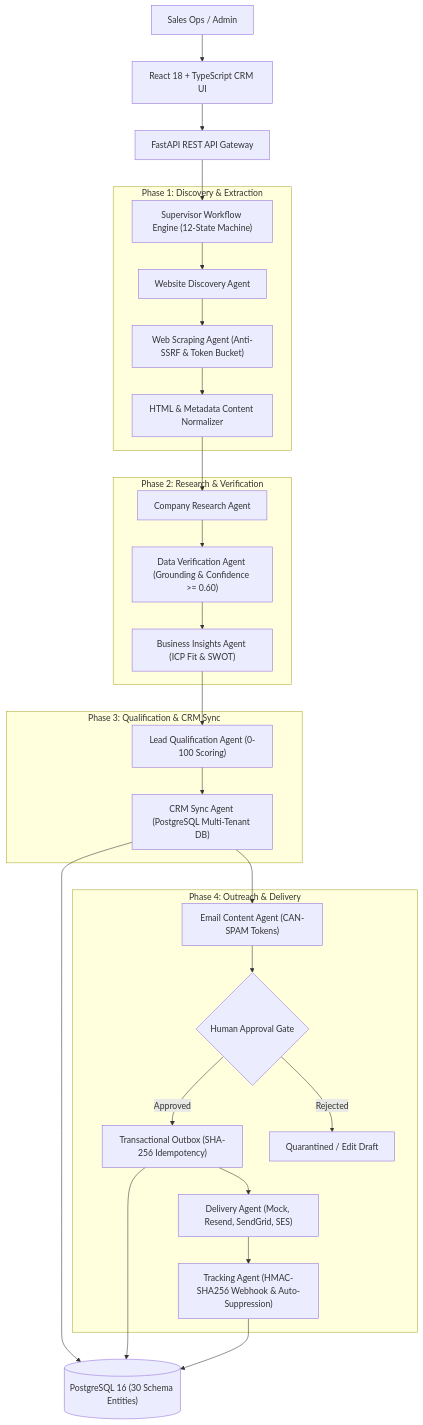
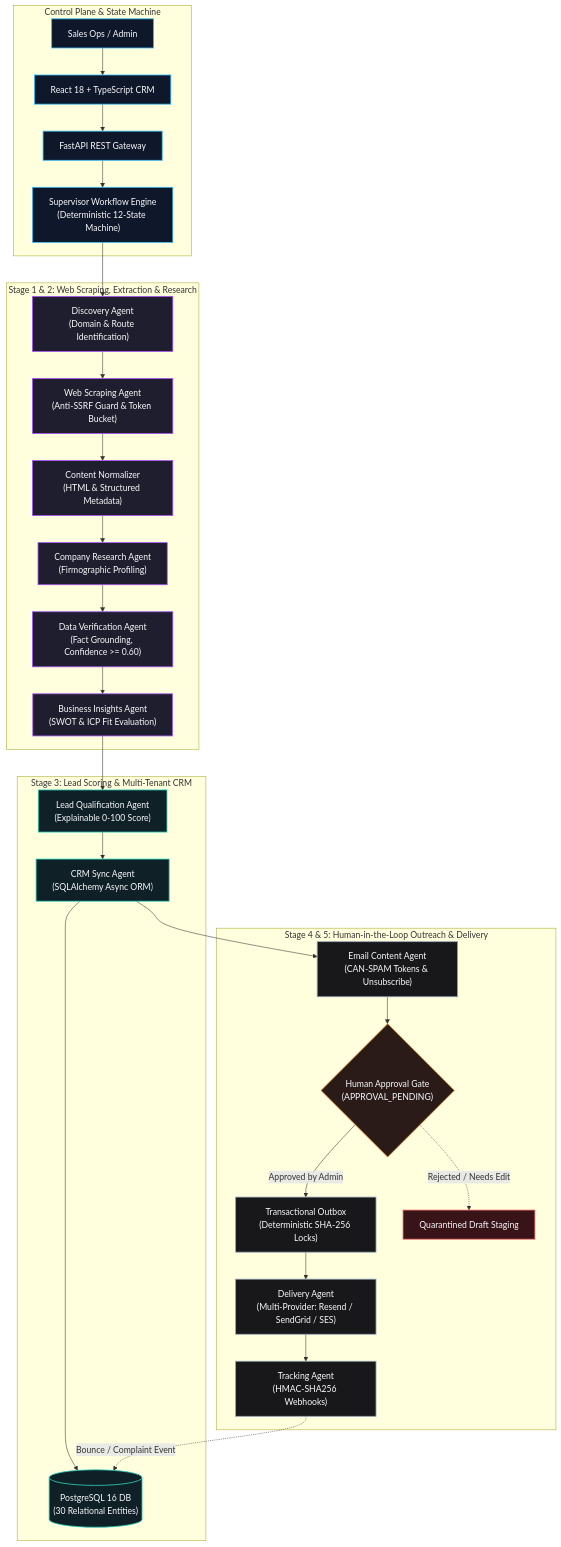
One commit to sultanriaz/sultanriaz changed the third of 6 diagrams in README.md. Above: the diagram before and after it, drawn with Mermaid. The commit also changed other lines of this file, not shown here.

Commit message:
docs(profile): redesign flagship architecture diagrams and improve README layout

````diff
--- a/README.md
+++ b/README.md
@@ -226,36 +296,55 @@
 ```mermaid
-flowchart TD
-    User["Sales Ops / Admin"] --> Dashboard["React 18 + TypeScript CRM UI"]
-    Dashboard --> Gateway["FastAPI REST API Gateway"]
-    Gateway --> Orchestrator["Supervisor Workflow Engine (12-State Machine)"]
-    
-    subgraph "Phase 1: Discovery & Extraction"
-        Orchestrator --> Disc["Website Discovery Agent"]
-        Disc --> Scraper["Web Scraping Agent (Anti-SSRF & Token Bucket)"]
-        Scraper --> Parser["HTML & Metadata Content Normalizer"]
+flowchart TB
+    %% --- STAGE 0: CONTROL PLANE ---
+    subgraph ControlPlane["Control Plane & State Machine"]
+        User["Sales Ops / Admin"] --> UI["React 18 + TypeScript CRM"]
+        UI --> Gateway["FastAPI REST Gateway"]
+        Gateway --> Supervisor["Supervisor Workflow Engine<br/>(Deterministic 12-State Machine)"]
     end
-    
-    subgraph "Phase 2: Research & Verification"
-        Parser --> ResAgent["Company Research Agent"]
-        ResAgent --> VerAgent["Data Verification Agent (Grounding & Confidence >= 0.60)"]
-        VerAgent --> InsAgent["Business Insights Agent (ICP Fit & SWOT)"]
+
+    %% --- STAGES 1 & 2: DISCOVERY & RESEARCH ---
+    subgraph DiscoveryResearch["Stage 1 & 2: Web Scraping, Extraction & Research"]
+        Supervisor --> DiscAgent["Discovery Agent<br/>(Domain & Route Identification)"]
+        DiscAgent --> Scraper["Web Scraping Agent<br/>(Anti-SSRF Guard & Token Bucket)"]
+        Scraper --> Parser["Content Normalizer<br/>(HTML & Structured Metadata)"]
+        Parser --> ResAgent["Company Research Agent<br/>(Firmographic Profiling)"]
+        ResAgent --> VerAgent["Data Verification Agent<br/>(Fact Grounding, Confidence >= 0.60)"]
+        VerAgent --> InsightAgent["Business Insights Agent<br/>(SWOT & ICP Fit Evaluation)"]
     end
-    
-    subgraph "Phase 3: Qualification & CRM Sync"
-        InsAgent --> QualAgent["Lead Qualification Agent (0-100 Scoring)"]
-        QualAgent --> CRMSync["CRM Sync Agent (PostgreSQL Multi-Tenant DB)"]
+
+    %% --- STAGE 3: QUALIFICATION & PERSISTENCE ---
+    subgraph QualificationTier["Stage 3: Lead Scoring & Multi-Tenant CRM"]
+        InsightAgent --> QualAgent["Lead Qualification Agent<br/>(Explainable 0-100 Score)"]
+        QualAgent --> CRMSync["CRM Sync Agent<br/>(SQLAlchemy Async ORM)"]
+        CRMSync --> CRMDB[("PostgreSQL 16 DB<br/>(30 Relational Entities)")]
     end
-    
-    subgraph "Phase 4: Outreach & Delivery"
-        CRMSync --> DraftAgent["Email Content Agent (CAN-SPAM Tokens)"]
-        DraftAgent --> Gate{"Human Approval Gate"}
-        Gate -->|"Approved"| Outbox["Transactional Outbox (SHA-256 Idempotency)"]
-        Gate -->|"Rejected"| Staging["Quarantined / Edit Draft"]
-        Outbox --> DeliveryAgent["Delivery Agent (Mock, Resend, SendGrid, SES)"]
-        DeliveryAgent --> TrackingAgent["Tracking Agent (HMAC-SHA256 Webhook & Auto-Suppression)"]
+
+    %% --- STAGES 4 & 5: OUTREACH & DELIVERY ---
+    subgraph OutreachDelivery["Stage 4 & 5: Human-in-the-Loop Outreach & Delivery"]
+        CRMSync --> DraftAgent["Email Content Agent<br/>(CAN-SPAM Tokens & Unsubscribe)"]
+        DraftAgent --> HumanGate{"Human Approval Gate<br/>(APPROVAL_PENDING)"}
+        
+        HumanGate -->|"Approved by Admin"| Outbox["Transactional Outbox<br/>(Deterministic SHA-256 Locks)"]
+        HumanGate -.->|"Rejected / Needs Edit"| Quarantine["Quarantined Draft Staging"]
+        
+        Outbox --> Dispatcher["Delivery Agent<br/>(Multi-Provider: Resend / SendGrid / SES)"]
+        Dispatcher --> Tracking["Tracking Agent<br/>(HMAC-SHA256 Webhooks)"]
+        Tracking -.->|"Bounce / Complaint Event"| CRMDB
     end
-    
-    CRMSync --> CRMDB[("PostgreSQL 16 (30 Schema Entities)")]
-    Outbox --> CRMDB
-    TrackingAgent --> CRMDB
+
+    %% Styling
+    classDef control fill:#0f172a,stroke:#38bdf8,stroke-width:1.5px,color:#f8fafc;
+    classDef agents fill:#1e1e2e,stroke:#a855f7,stroke-width:1.5px,color:#f8fafc;
+    classDef crm fill:#0f2027,stroke:#2dd4bf,stroke-width:1.5px,color:#f8fafc;
+    classDef gate fill:#2a1b18,stroke:#fb923c,stroke-width:1.5px,color:#f8fafc;
+    classDef delivery fill:#18181b,stroke:#94a3b8,stroke-width:1.5px,color:#f8fafc;
+    classDef success fill:#062e24,stroke:#34d399,stroke-width:1.5px,color:#f8fafc;
+    classDef alert fill:#381318,stroke:#f87171,stroke-width:1.5px,color:#f8fafc;
+
+    class User,UI,Gateway,Supervisor control;
+    class DiscAgent,Scraper,Parser,ResAgent,VerAgent,InsightAgent agents;
+    class QualAgent,CRMSync,CRMDB crm;
+    class HumanGate gate;
+    class DraftAgent,Outbox,Dispatcher,Tracking delivery;
+    class Quarantine alert;
 ```
````
